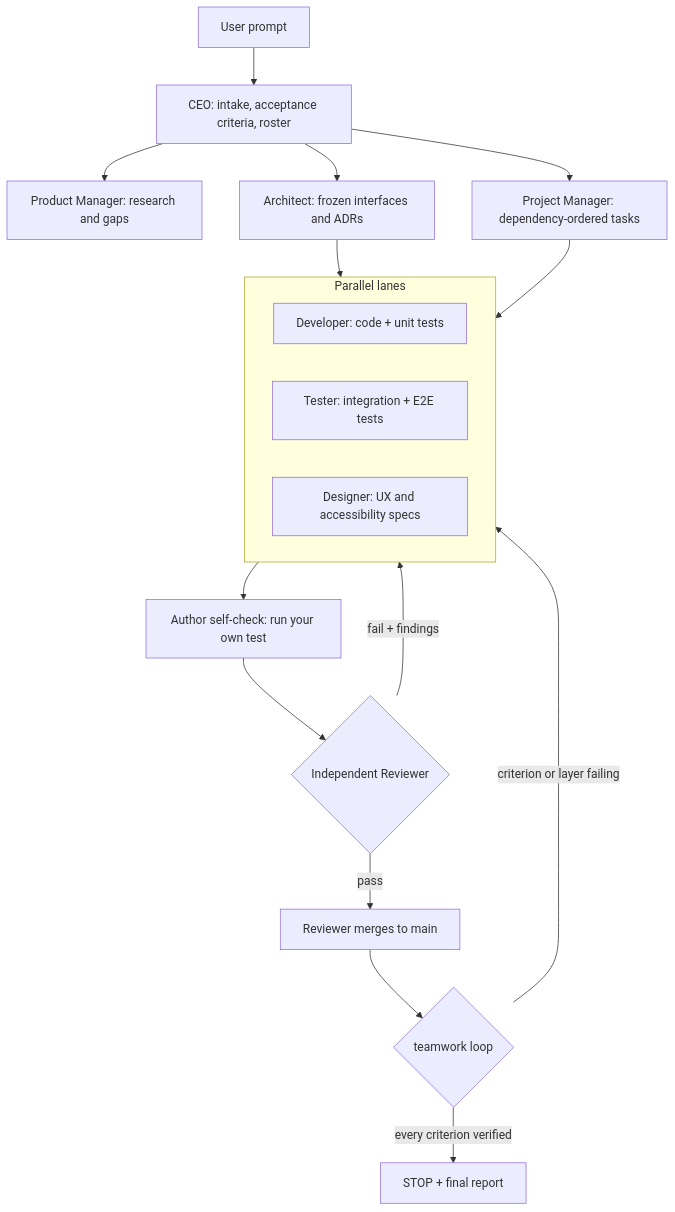
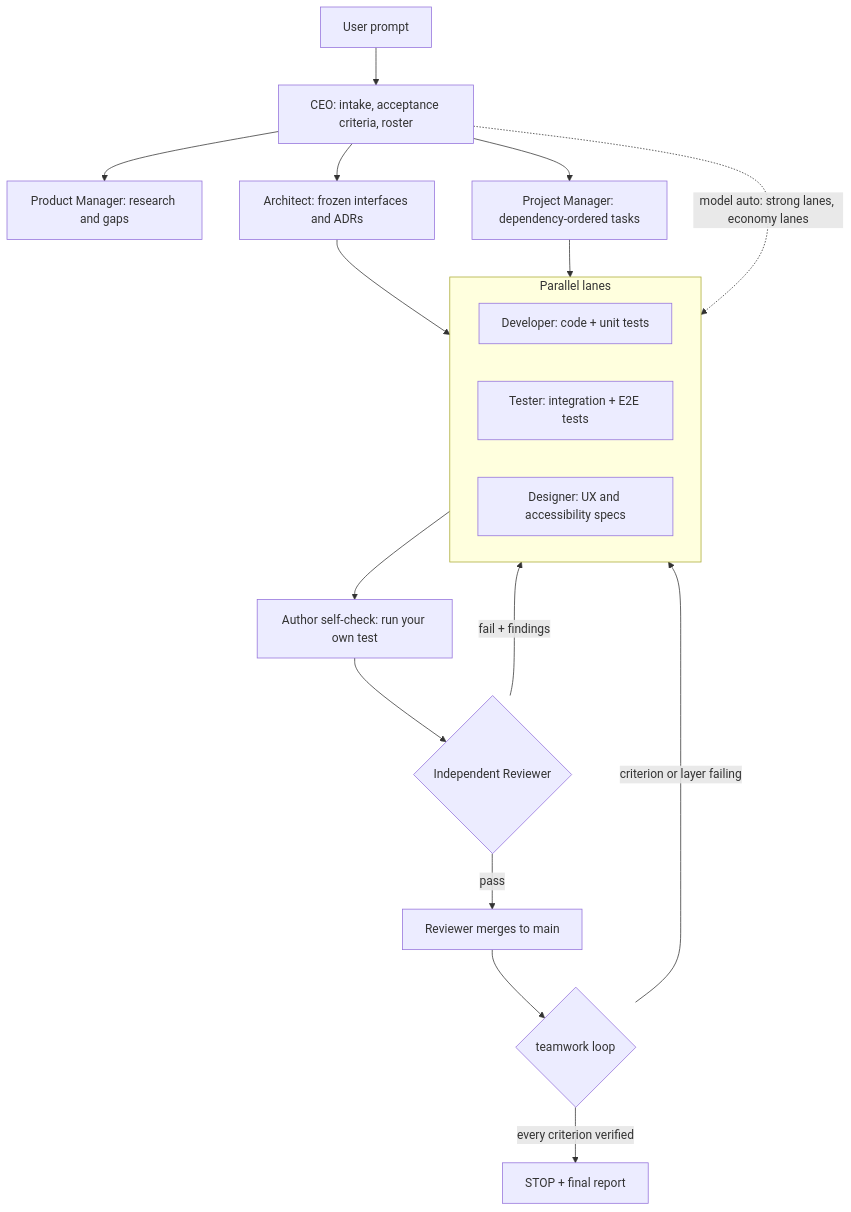
One commit to Nidvue/Teamwork changed the diagram in README.md. Above: the diagram before and after it, drawn with Mermaid. The commit also changed other lines of this file and 19 other files, not shown here.

````diff
--- a/README.md
+++ b/README.md
@@ -116,21 +117,22 @@
 ```mermaid
 flowchart TD
     U[User prompt] --> CEO[CEO: intake, acceptance criteria, roster]
     CEO --> RM[Product Manager: research and gaps]
     CEO --> AR[Architect: frozen interfaces and ADRs]
     CEO --> PJ[Project Manager: dependency-ordered tasks]
     AR --> LANES
     PJ --> LANES
+    CEO -.->|model auto: strong lanes, economy lanes| LANES
     subgraph LANES[Parallel lanes]
         DEV[Developer: code + unit tests]
         TST[Tester: integration + E2E tests]
         DES[Designer: UX and accessibility specs]
     end
     LANES --> SC[Author self-check: run your own test]
     SC --> RV{Independent Reviewer}
     RV -- fail + findings --> LANES
     RV -- pass --> MG[Reviewer merges to main]
     MG --> LP{teamwork loop}
     LP -- criterion or layer failing --> LANES
     LP -- every criterion verified --> STOP[STOP + final report]
 ```
````
